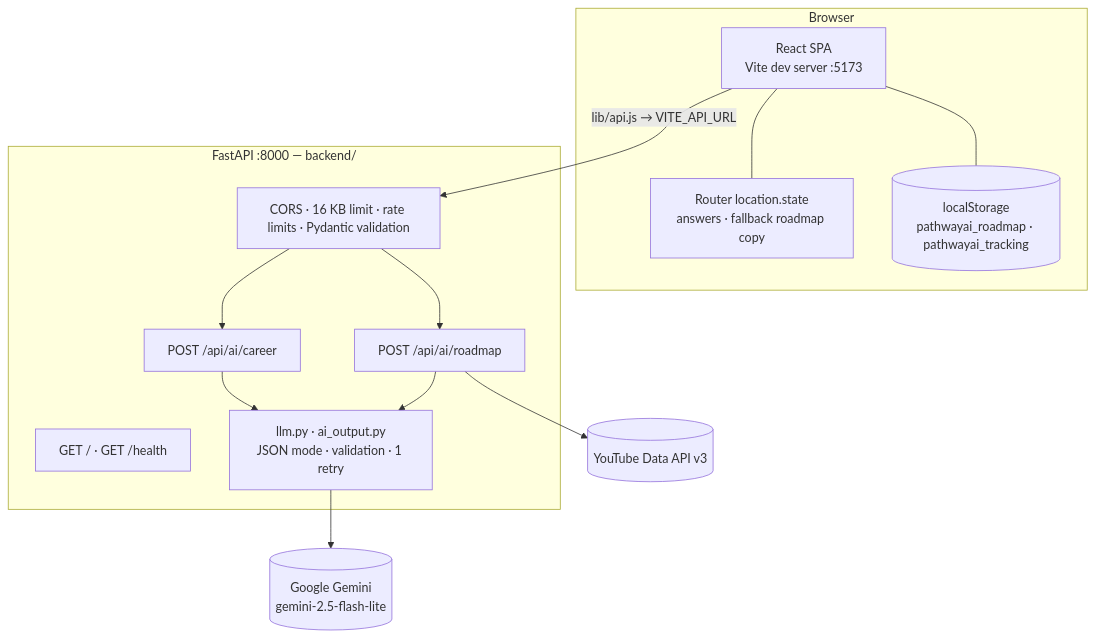
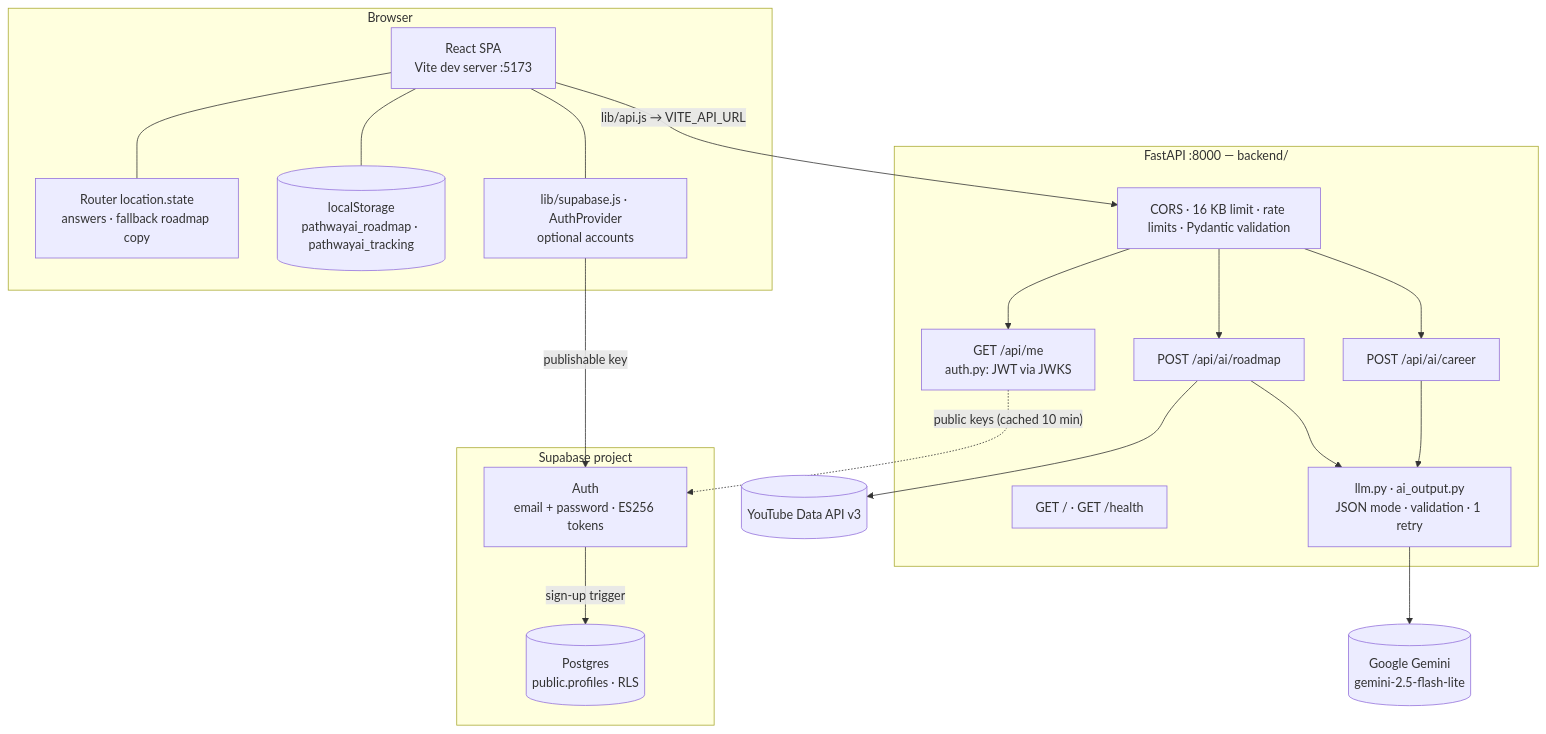
One commit to YussafZarifi/pathway-ai changed the first of 2 diagrams in docs/architecture.md. Above: the diagram before and after it, drawn with Mermaid. The commit also changed other lines of this file and 7 other files, not shown here.

````diff
--- a/docs/architecture.md
+++ b/docs/architecture.md
@@ -7,26 +7,37 @@
 ```mermaid
 flowchart TB
     subgraph Browser
         SPA[React SPA<br/>Vite dev server :5173]
         RS[Router location.state<br/>answers · fallback roadmap copy]
         LS[(localStorage<br/>pathwayai_roadmap · pathwayai_tracking)]
+        SB[lib/supabase.js · AuthProvider<br/>optional accounts]
         SPA --- RS
         SPA --- LS
+        SPA --- SB
     end
     subgraph Server[FastAPI :8000 — backend/]
         MW[CORS · 16 KB limit · rate limits · Pydantic validation]
         EP1[POST /api/ai/career]
         EP2[POST /api/ai/roadmap]
+        ME[GET /api/me<br/>auth.py: JWT via JWKS]
         H[GET / · GET /health]
         LLM[llm.py · ai_output.py<br/>JSON mode · validation · 1 retry]
+    end
+    subgraph Supabase[Supabase project]
+        SAUTH[Auth<br/>email + password · ES256 tokens]
+        SDB[(Postgres<br/>public.profiles · RLS)]
     end
     GEM[(Google Gemini<br/>gemini-2.5-flash-lite)]
     YT[(YouTube Data API v3)]
     SPA -- "lib/api.js → VITE_API_URL" --> MW
+    SB -- "publishable key" --> SAUTH
+    SAUTH -- "sign-up trigger" --> SDB
     MW --> EP1
     MW --> EP2
+    MW --> ME
+    ME -. "public keys (cached 10 min)" .-> SAUTH
     EP1 --> LLM
     EP2 --> LLM
     LLM --> GEM
     EP2 --> YT
 ```
````
